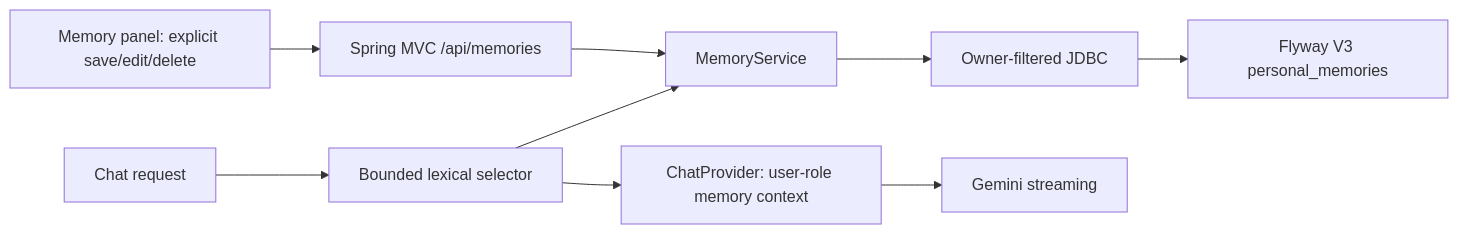
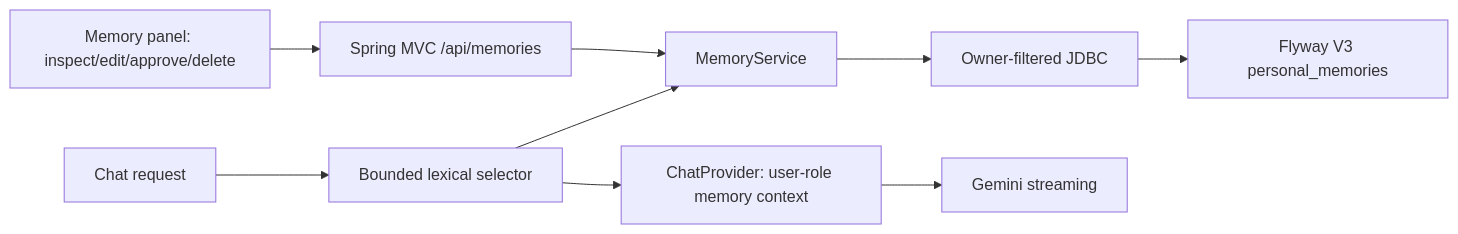
One commit to leeroy-chakanyuka/chomiii changed the diagram in docs/m2-design.md. Above: the diagram before and after it, drawn with Mermaid. The commit also changed other lines of this file and 8 other files, not shown here.

Commit message:
docs(m2): align memory research, API and test plan with consented auto-learning

````diff
--- a/docs/m2-design.md
+++ b/docs/m2-design.md
@@ -5,11 +5,11 @@
 ```mermaid
 flowchart LR
-    UI["Memory panel: explicit save/edit/delete"] --> API["Spring MVC /api/memories"]
+    UI["Memory panel: inspect/edit/approve/delete"] --> API["Spring MVC /api/memories"]
     API --> Service["MemoryService"]
     Service --> JDBC["Owner-filtered JDBC"]
     JDBC --> Store["Flyway V3 personal_memories"]
     Chat["Chat request"] --> Selector["Bounded lexical selector"]
     Selector --> Service
     Selector --> Input["ChatProvider: user-role memory context"]
     Input --> Gemini["Gemini streaming"]
 ```
````
